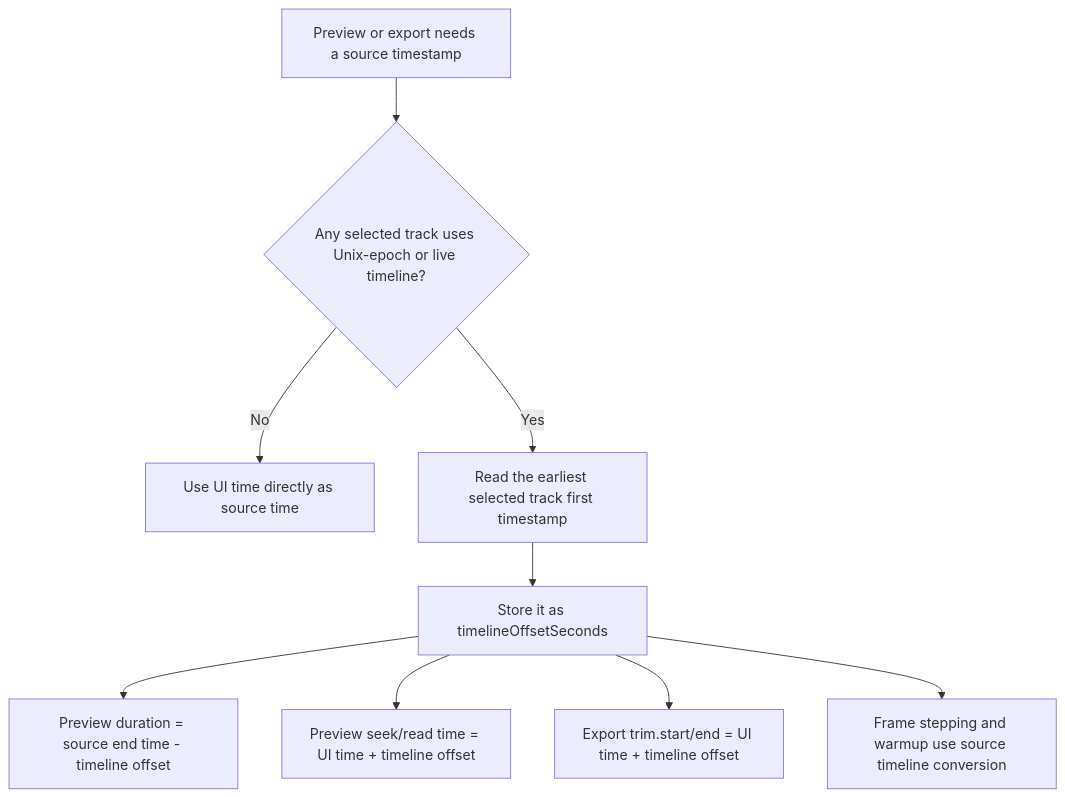
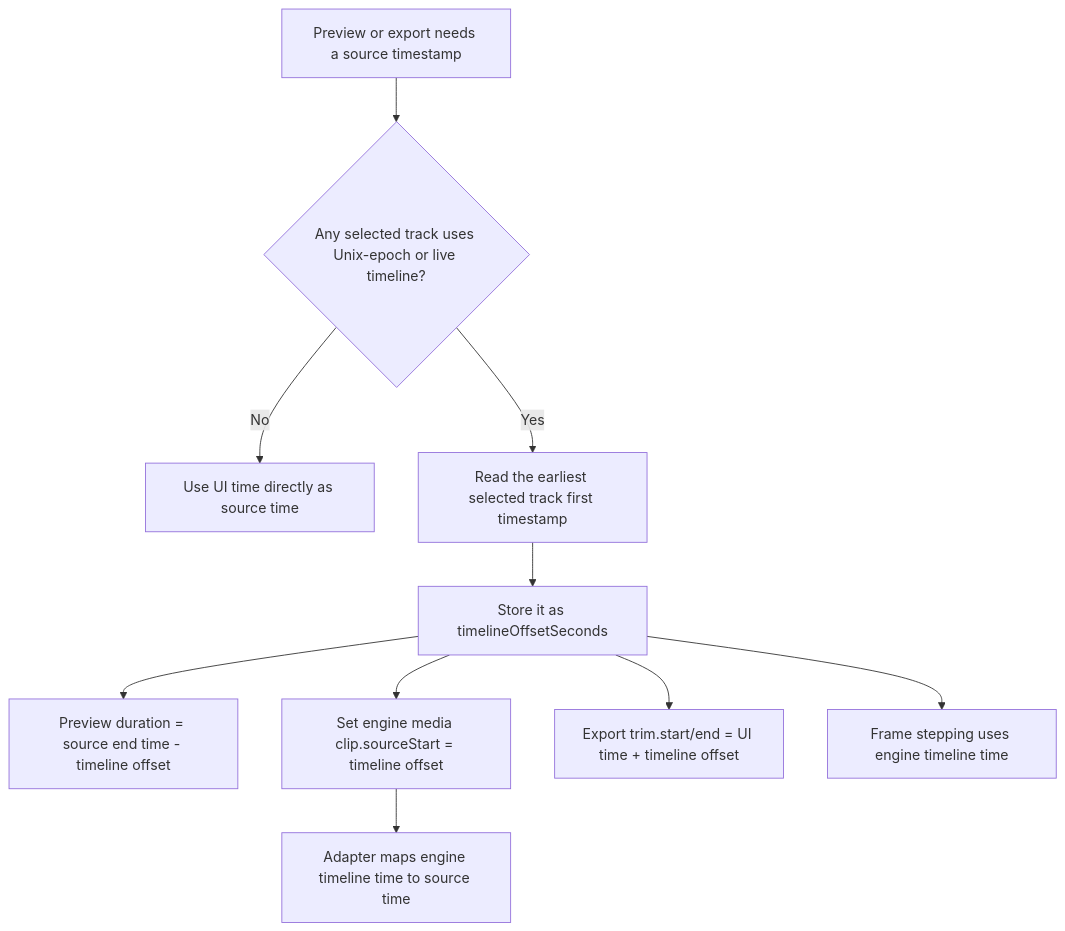
The eighth of 13 diagrams in .github/docs/diagrams.md (TechSquidTV/Cliparr), drawn with Mermaid before and after one commit. The commit also changed other lines of this file and 43 other files, not shown here.

Commit message:
feat(frontend)!: replace editor timeline engine

````diff
--- a/.github/docs/diagrams.md
+++ b/.github/docs/diagrams.md
@@ -225,11 +197,12 @@
 ```mermaid
 flowchart TD
     A["Preview or export needs a source timestamp"] --> B{"Any selected track uses Unix-epoch or live timeline?"}
     B -- "No" --> C["Use UI time directly as source time"]
     B -- "Yes" --> D["Read the earliest selected track first timestamp"]
     D --> E["Store it as timelineOffsetSeconds"]
     E --> F["Preview duration = source end time - timeline offset"]
-    E --> G["Preview seek/read time = UI time + timeline offset"]
+    E --> G["Set engine media clip.sourceStart = timeline offset"]
+    G --> G1["Adapter maps engine timeline time to source time"]
     E --> H["Export trim.start/end = UI time + timeline offset"]
-    E --> I["Frame stepping and warmup use source timeline conversion"]
+    E --> I["Frame stepping uses engine timeline time"]
 ```
````
